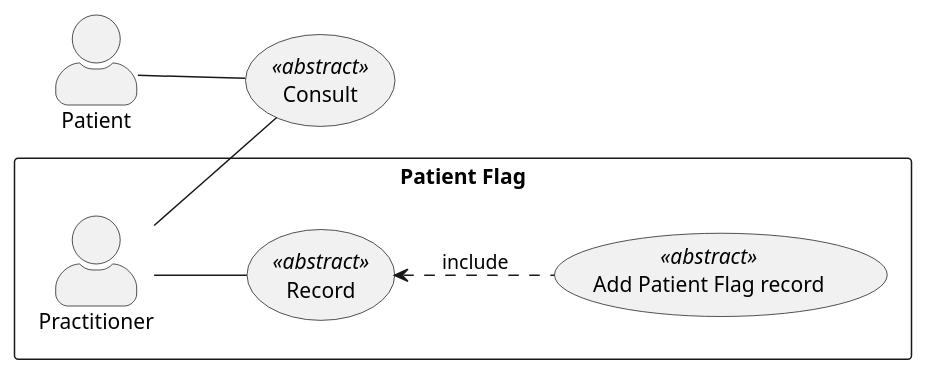
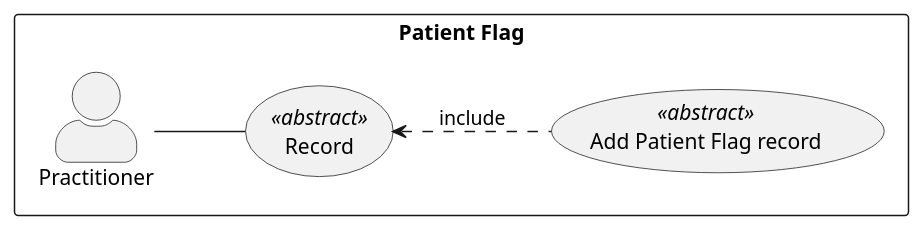
The first of 2 diagrams in NHSEnglandProgrammeImplementationGuides/backup/guides/Patient-Flag-Implementation-Guide-Beta/Home/Use-Cases-v2/PatientFlag-record/Add-a-PatientFlag-and-associated-resources.page.md (NHSDigital/IOPS-FHIR-Simplifier-Backup), drawn with PlantUML before and after one commit. The commit also changed other lines of this file and 16 other files, not shown here.

```diff
--- a/NHSEnglandProgrammeImplementationGuides/backup/guides/Patient-Flag-Implementation-Guide-Beta/Home/Use-Cases-v2/PatientFlag-record/Add-a-PatientFlag-and-associated-resources.page.md
+++ b/NHSEnglandProgrammeImplementationGuides/backup/guides/Patient-Flag-Implementation-Guide-Beta/Home/Use-Cases-v2/PatientFlag-record/Add-a-PatientFlag-and-associated-resources.page.md
@@ -9,22 +20,13 @@
 @startuml
-
 skinparam actorStyle awesome
 left to right direction
 
-rectangle "Patient Flag"{
-actor Practitioner as pra
-usecase "Record" as record <<abstract>>
-usecase "Add Patient Flag record" as add <<abstract>>
+rectangle "Patient Flag" {
+  actor Practitioner as pra
+  usecase "Record" as record <<abstract>>
+  usecase "Add Patient Flag record" as add <<abstract>>
 }
 
-
-actor Patient as pat
-
-usecase "Consult" as consult <<abstract>>
-
-pat -- consult
-pra -- consult
 pra -- record
 record <.. add : include
-
 @enduml
```
